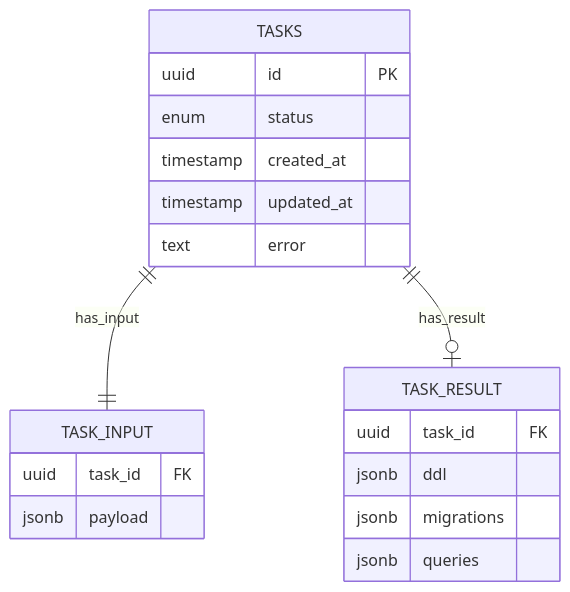
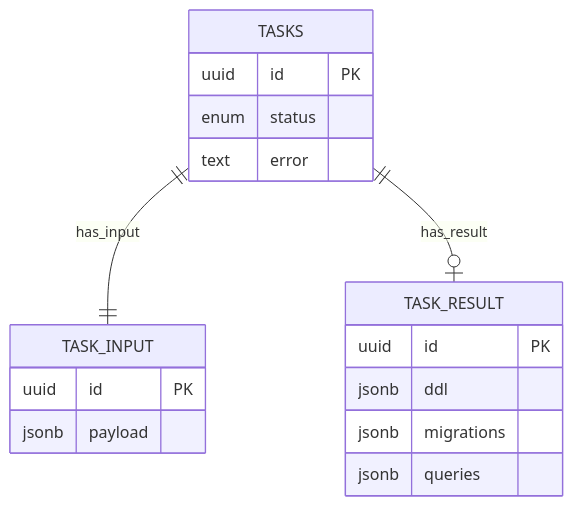
One commit to Java-Boys-Hackathon-Team/vibe-data changed the diagram in README.md. Above: the diagram before and after it, drawn with Mermaid. The commit also changed other lines of this file, not shown here.

Commit message:
Update `README.md` to enhance documentation: refine project purpose, optimize structure, update architecture and API details, and clarify key constraints and algorithms.

````diff
--- a/README.md
+++ b/README.md
@@ -164,23 +106,20 @@
 ```mermaid
 erDiagram
     TASKS {
         uuid id PK
         enum status
-        timestamp created_at
-        timestamp updated_at
         text error
     }
     TASK_INPUT {
-        uuid task_id FK
+        uuid id PK
         jsonb payload
     }
     TASK_RESULT {
-        uuid task_id FK
+        uuid id PK
         jsonb ddl
         jsonb migrations
         jsonb queries
     }
-
-    TASKS ||--|| TASK_INPUT : has_input
-    TASKS ||--o| TASK_RESULT : has_result
+    TASKS ||--|| TASK_INPUT: has_input
+    TASKS ||--o| TASK_RESULT: has_result
 ```
````
